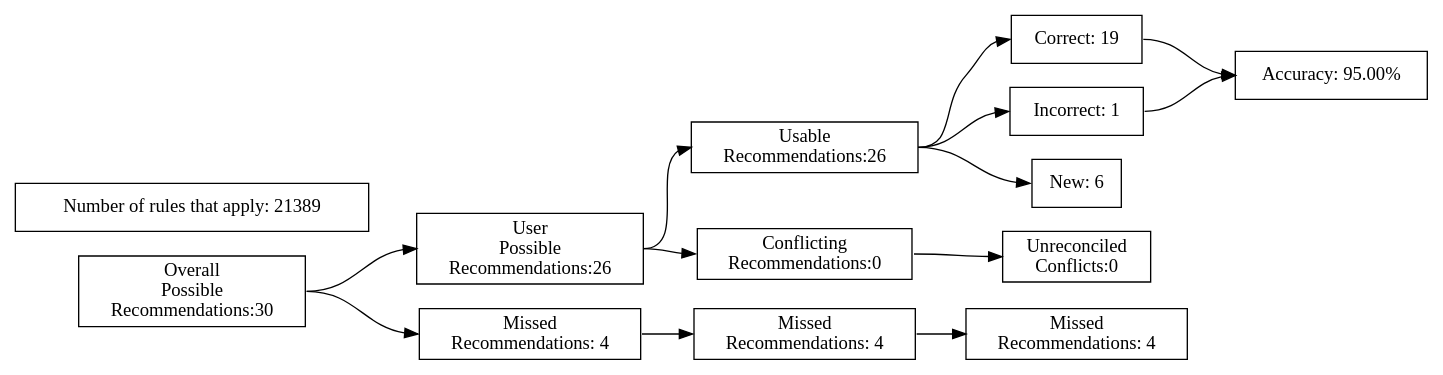
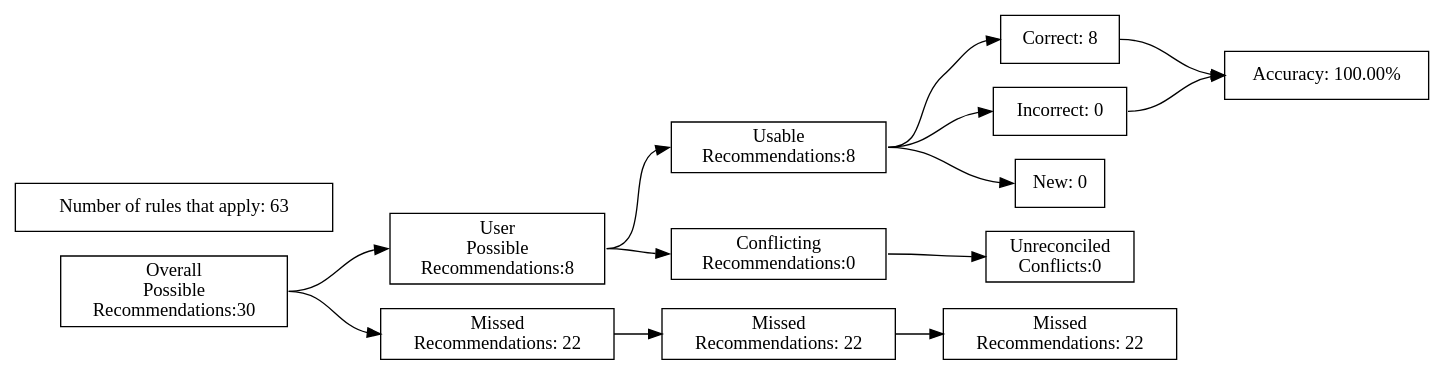
The diagram in test_renders/35.gv (ZaxR/ibd_diet_analysis), drawn with Graphviz before and after one commit. The commit also changed 78 other files, not shown here.

```diff
--- a/test_renders/35.gv
+++ b/test_renders/35.gv
@@ -1,40 +1,40 @@
 digraph {
 	graph [rankdir=LR]
 	node [pos=r shape=box]
 	edge [headport=w tailport=e]
 		A [label="Overall
 Possible
 Recommendations:30"]
 		B [label="User
 Possible
-Recommendations:26"]
+Recommendations:8"]
 		C [label="Missed
-Recommendations: 4"]
+Recommendations: 22"]
 		D [label="Usable
-Recommendations:26"]
+Recommendations:8"]
 		E [label="Conflicting
 Recommendations:0"]
 		J [label="Missed
-Recommendations: 4"]
+Recommendations: 22"]
 		M [label="Unreconciled
 Conflicts:0"]
-		F [label="Correct: 19"]
-		G [label="Incorrect: 1"]
-		H [label="New: 6"]
+		F [label="Correct: 8"]
+		G [label="Incorrect: 0"]
+		H [label="New: 0"]
 		K [label="Missed
-Recommendations: 4"]
-		I [label="Accuracy: 95.00%"]
-		l [label="Number of rules that apply: 21389"]
+Recommendations: 22"]
+		I [label="Accuracy: 100.00%"]
+		l [label="Number of rules that apply: 63"]
 			A -> B
 			A -> C
 			B -> D
 			B -> E
 			D -> F
 			D -> G
 			D -> H
 			F -> I
 			G -> I
 			C -> J
 			J -> K
 			E -> M
 }
```
